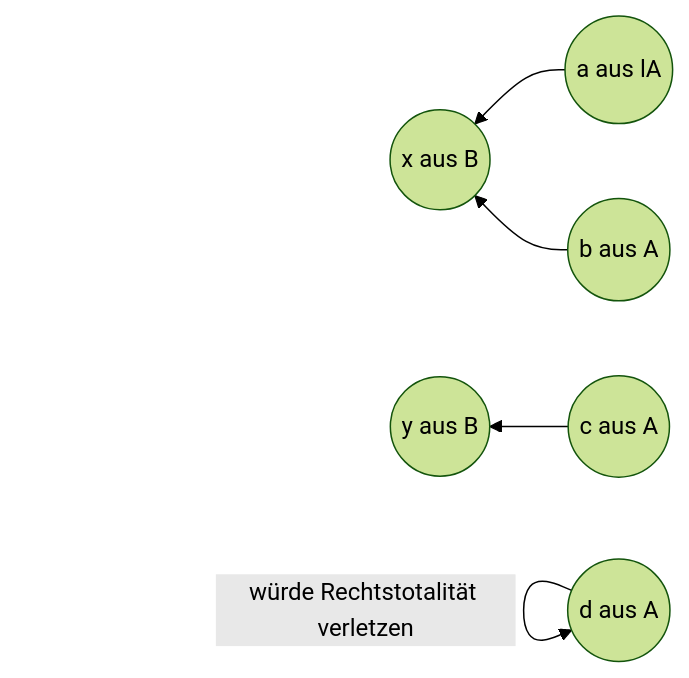
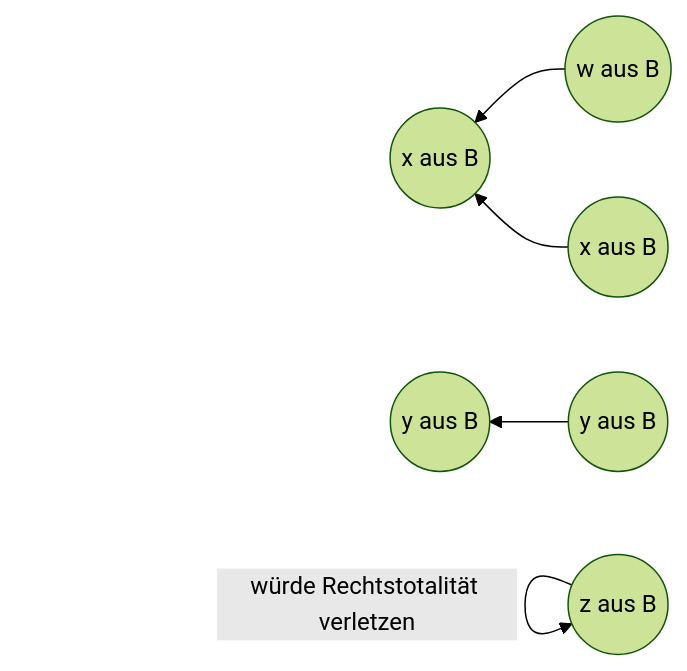
Before and after one commit to LeonStoldt/discreteMathematics: diagram 19 of 19 in README.md, drawn with Mermaid (forest theme). The commit also changed other lines of this file, not shown here.

````diff
--- a/README.md
+++ b/README.md
@@ -455,7 +455,7 @@
 ``` mermaid
 graph RL
-a((a aus lA)) --> x((x aus B))
-b((b aus A)) --> x
-c((c aus A)) --> y((y aus B))
-d((d aus A)) --würde Rechtstotalität verletzen--> d
+a((w aus B)) --> x((x aus B))
+b((x aus B)) --> x
+c((y aus B)) --> y((y aus B))
+d((z aus B)) --würde Rechtstotalität verletzen--> d
 ```
````
